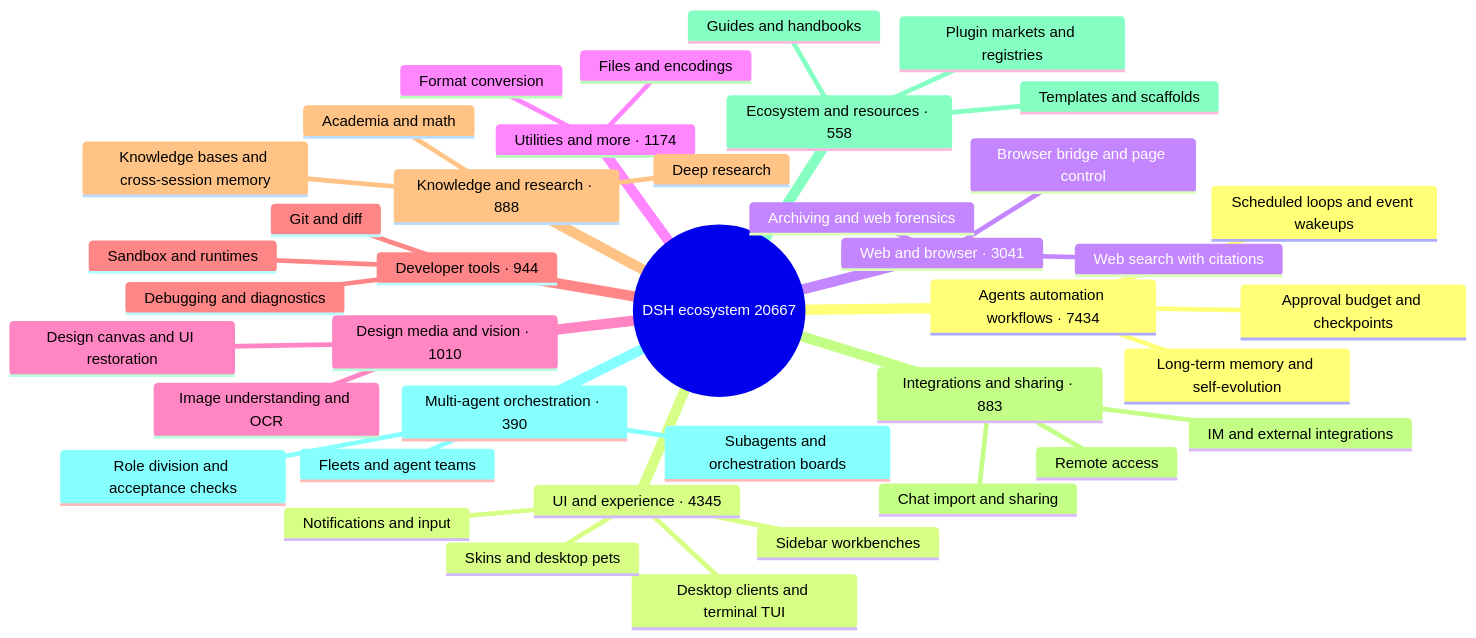
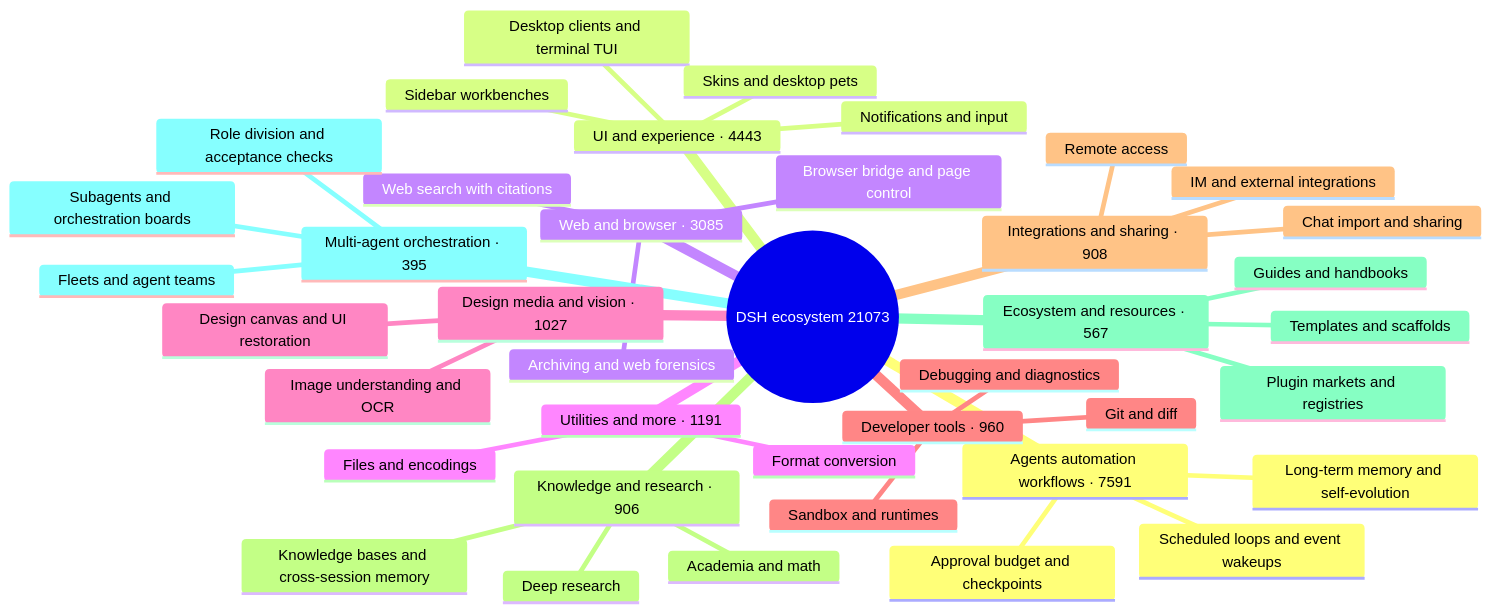
The diagram in README_EN.md (bruc3van/awesome-dsh-plugin), drawn with Mermaid before and after one commit. The commit also changed other lines of this file and 26 other files, not shown here.

Commit message:
review: approve 417, exclude 16 of 446 pending (topic-riding SEO tools, dsh-purge family, non-plugin forms); 11 board-only (3 market-class, 6 remote-access, 5 multi-host); resolve 24 missing (14 renames, 7 deleted, 3 topic-left); rotate recently-joined (2026-10-29)

````diff
--- a/README_EN.md
+++ b/README_EN.md
@@ -40,43 +40,43 @@
 ```mermaid
 mindmap
-  root((DSH ecosystem 20667))
-    Agents automation workflows · 7434
+  root((DSH ecosystem 21073))
+    Agents automation workflows · 7591
       Scheduled loops and event wakeups
       Long-term memory and self-evolution
       Approval budget and checkpoints
-    UI and experience · 4345
+    UI and experience · 4443
       Desktop clients and terminal TUI
       Sidebar workbenches
       Skins and desktop pets
       Notifications and input
-    Web and browser · 3041
+    Web and browser · 3085
       Browser bridge and page control
       Web search with citations
       Archiving and web forensics
-    Utilities and more · 1174
+    Utilities and more · 1191
       Files and encodings
       Format conversion
-    Design media and vision · 1010
+    Design media and vision · 1027
       Image understanding and OCR
       Design canvas and UI restoration
-    Developer tools · 944
+    Developer tools · 960
       Git and diff
       Sandbox and runtimes
       Debugging and diagnostics
-    Knowledge and research · 888
+    Integrations and sharing · 908
+      Chat import and sharing
+      Remote access
+      IM and external integrations
+    Knowledge and research · 906
       Knowledge bases and cross-session memory
       Deep research
       Academia and math
-    Integrations and sharing · 883
-      Chat import and sharing
-      Remote access
-      IM and external integrations
-    Ecosystem and resources · 558
+    Ecosystem and resources · 567
       Plugin markets and registries
       Templates and scaffolds
       Guides and handbooks
-    Multi-agent orchestration · 390
+    Multi-agent orchestration · 395
       Subagents and orchestration boards
       Fleets and agent teams
       Role division and acceptance checks
 ```
````
